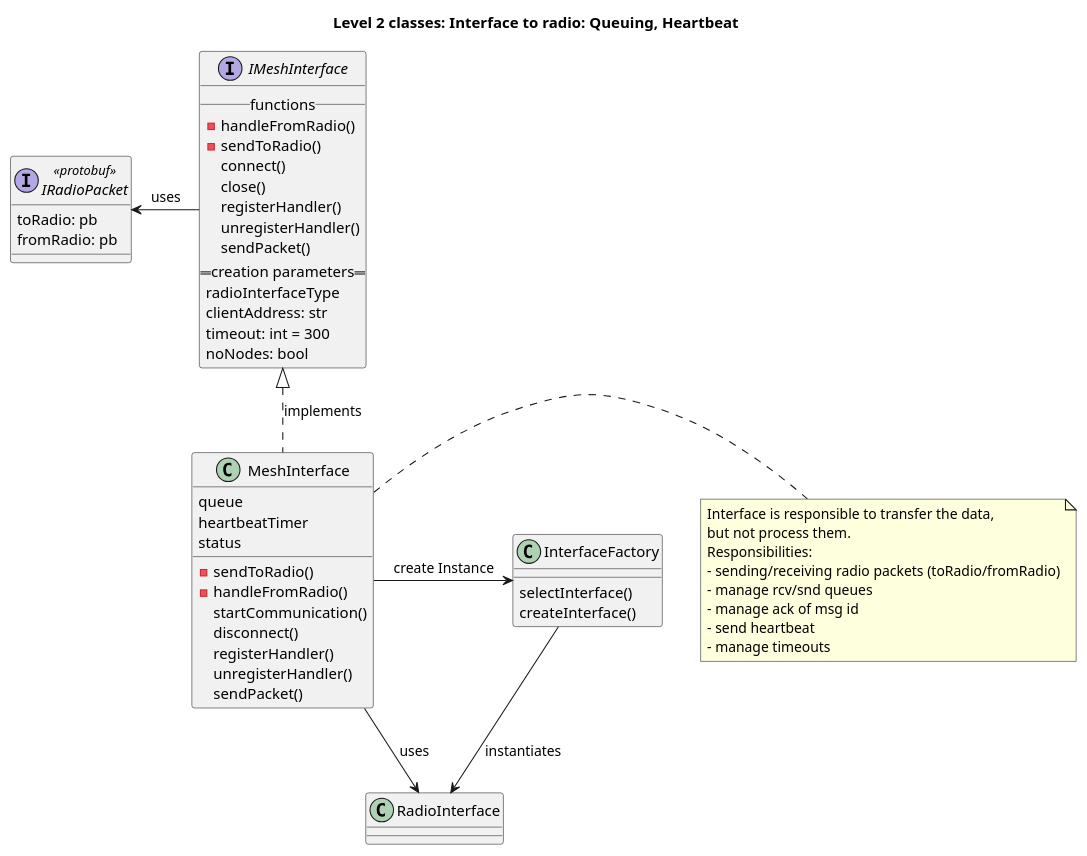
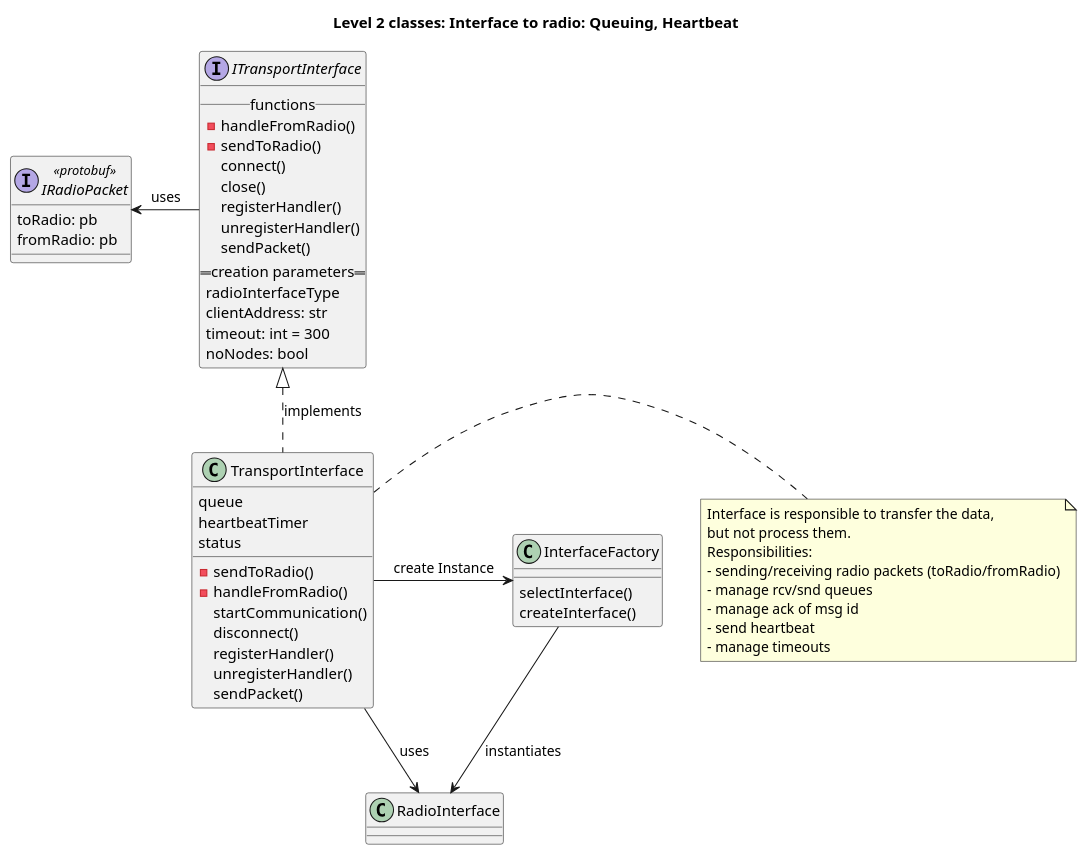
One commit to juergenRe/python changed the second of 9 diagrams in meshtastic/devdoc/Architecture.md. Above: the diagram before and after it, drawn with PlantUML. The commit also changed other lines of this file and 18 other files, not shown here.

````diff
--- a/meshtastic/devdoc/Architecture.md
+++ b/meshtastic/devdoc/Architecture.md
@@ -177,60 +230,60 @@
 ```plantuml
 title Level 2 classes: Interface to radio: Queuing, Heartbeat
-interface IMeshInterface {
+interface ITransportInterface {
     __ functions __
     -handleFromRadio()
     -sendToRadio()
     connect()
     close()
     registerHandler()
     unregisterHandler()
     sendPacket()
     == creation parameters ==
     radioInterfaceType
     clientAddress: str
     timeout: int = 300
     noNodes: bool
 }
 
 interface IRadioPacket <<protobuf>>{
     toRadio: pb
     fromRadio: pb
 }
 
-class MeshInterface {
+class TransportInterface {
     queue
     heartbeatTimer
     status
     -sendToRadio()
     -handleFromRadio()
     startCommunication()
     disconnect()
     registerHandler()
     unregisterHandler()
     sendPacket()
 }
 
 class InterfaceFactory{
     selectInterface()
     createInterface()
 }
 
-note right of MeshInterface
+note right of TransportInterface
     Interface is responsible to transfer the data, 
     but not process them.
     Responsibilities:
     - sending/receiving radio packets (toRadio/fromRadio)
     - manage rcv/snd queues
     - manage ack of msg id
     - send heartbeat
     - manage timeouts
 end note
 
-MeshInterface .up.|> IMeshInterface: implements
-IMeshInterface -left-> IRadioPacket: uses
-MeshInterface -right-> InterfaceFactory: "create Instance"
+TransportInterface .up.|> ITransportInterface: implements
+ITransportInterface -left-> IRadioPacket: uses
+TransportInterface -right-> InterfaceFactory: "create Instance"
 InterfaceFactory -down-> RadioInterface: instantiates
-MeshInterface --> RadioInterface: uses
+TransportInterface --> RadioInterface: uses
 
 
 ```
````
